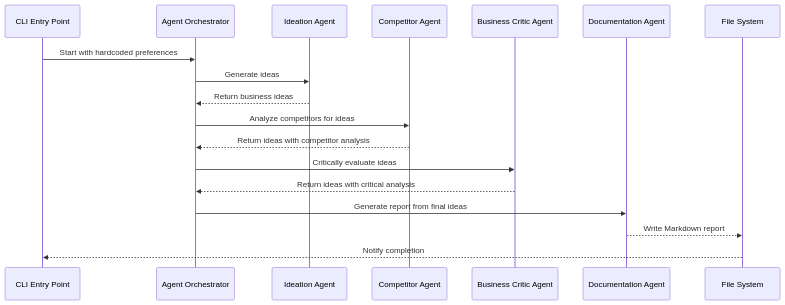
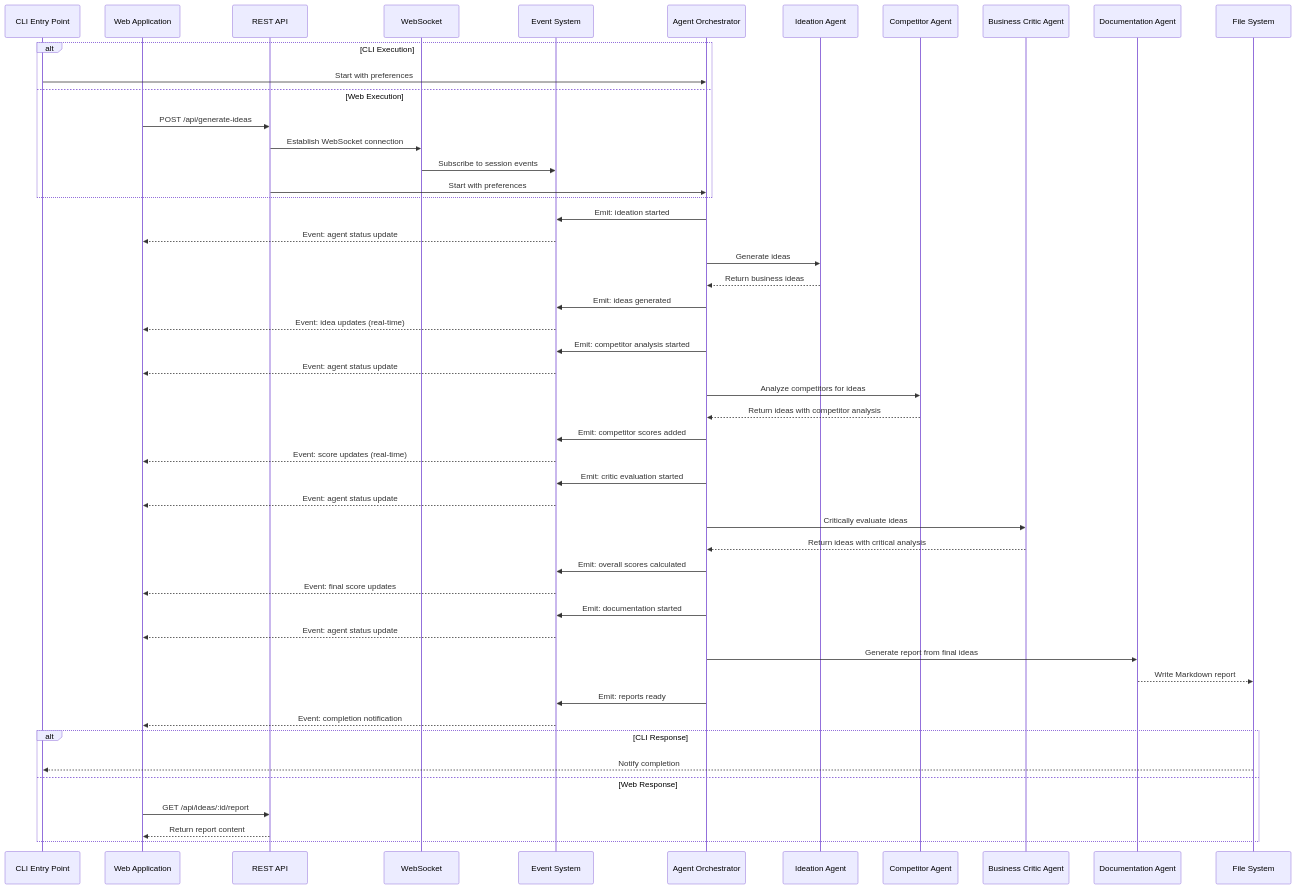
Before and after one commit to rhofkens/business-idea-multi-agent: the third of 6 diagrams in docs/guidelines/architecture.md, drawn with Mermaid. The commit also changed other lines of this file and 181 other files, not shown here.

First line of the commit message:
feat: migrate to monorepo architecture and implement V2.0 web application

````diff
--- a/docs/guidelines/architecture.md
+++ b/docs/guidelines/architecture.md
@@ -164,21 +261,58 @@
 ```mermaid
 sequenceDiagram
     participant CLI as CLI Entry Point
+    participant WEB as Web Application
+    participant API as REST API
+    participant WS as WebSocket
+    participant ES as Event System
     participant Orch as Agent Orchestrator
     participant I as Ideation Agent
     participant C as Competitor Agent
     participant B as Business Critic Agent
     participant D as Documentation Agent
     participant FS as File System
 
-    CLI->>Orch: Start with hardcoded preferences
+    alt CLI Execution
+        CLI->>Orch: Start with preferences
+    else Web Execution
+        WEB->>API: POST /api/generate-ideas
+        API->>WS: Establish WebSocket connection
+        WS->>ES: Subscribe to session events
+        API->>Orch: Start with preferences
+    end
+    
+    Orch->>ES: Emit: ideation started
+    ES-->>WEB: Event: agent status update
     Orch->>I: Generate ideas
     I-->>Orch: Return business ideas
+    Orch->>ES: Emit: ideas generated
+    ES-->>WEB: Event: idea updates (real-time)
+    
+    Orch->>ES: Emit: competitor analysis started
+    ES-->>WEB: Event: agent status update
     Orch->>C: Analyze competitors for ideas
     C-->>Orch: Return ideas with competitor analysis
+    Orch->>ES: Emit: competitor scores added
+    ES-->>WEB: Event: score updates (real-time)
+    
+    Orch->>ES: Emit: critic evaluation started
+    ES-->>WEB: Event: agent status update
     Orch->>B: Critically evaluate ideas
     B-->>Orch: Return ideas with critical analysis
+    Orch->>ES: Emit: overall scores calculated
+    ES-->>WEB: Event: final score updates
+    
+    Orch->>ES: Emit: documentation started
+    ES-->>WEB: Event: agent status update
     Orch->>D: Generate report from final ideas
     D-->>FS: Write Markdown report
-    FS-->>CLI: Notify completion
+    Orch->>ES: Emit: reports ready
+    ES-->>WEB: Event: completion notification
+    
+    alt CLI Response
+        FS-->>CLI: Notify completion
+    else Web Response
+        WEB->>API: GET /api/ideas/:id/report
+        API-->>WEB: Return report content
+    end
 ```
````
